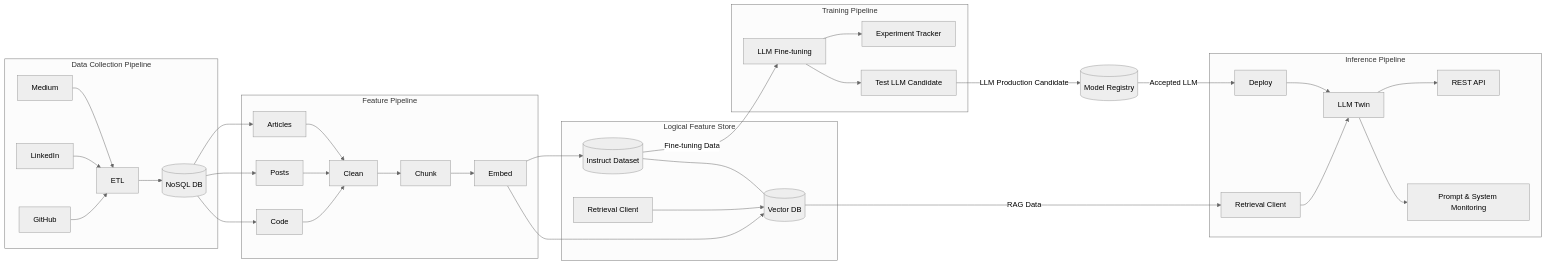
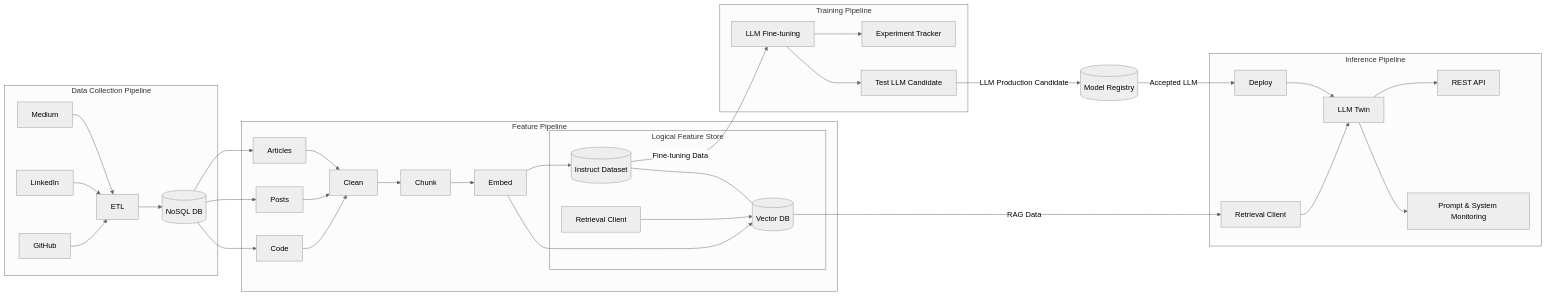
One commit to Sri1712/Projects changed the diagram in LLM Twin/LLM Notes/chapter-01-llm-twin.md. Above: the diagram before and after it, drawn with Mermaid (neutral theme).

Commit message:
Added more notes in Chapter-01

```diff
--- a/LLM Twin/LLM Notes/chapter-01-llm-twin.md
+++ b/LLM Twin/LLM Notes/chapter-01-llm-twin.md
@@ -182,26 +182,24 @@
     A3 --> CLEAN
     CLEAN --> CHUNK
     CHUNK --> EMBED
+
+    %% Logical Feature Store (inside Feature Pipeline)
+    subgraph LFS["Logical Feature Store"]
+        IDS[(Instruct Dataset)]
+        VDB[(Vector DB)]
+        RC[Retrieval Client]
+
+        IDS --- VDB
+        RC --> VDB
+    end
+
+    EMBED --> IDS
+    EMBED --> VDB
 end
 
 DW --> A1
 DW --> A2
 DW --> A3
-
-%% --------------------
-%% Logical Feature Store
-%% --------------------
-subgraph LFS["Logical Feature Store"]
-    IDS[(Instruct Dataset)]
-    VDB[(Vector DB)]
-    RC[Retrieval Client]
-
-    IDS --- VDB
-    RC --> VDB
-end
-
-EMBED --> IDS
-EMBED --> VDB
 
 %% --------------------
 %% Training Pipeline
```
